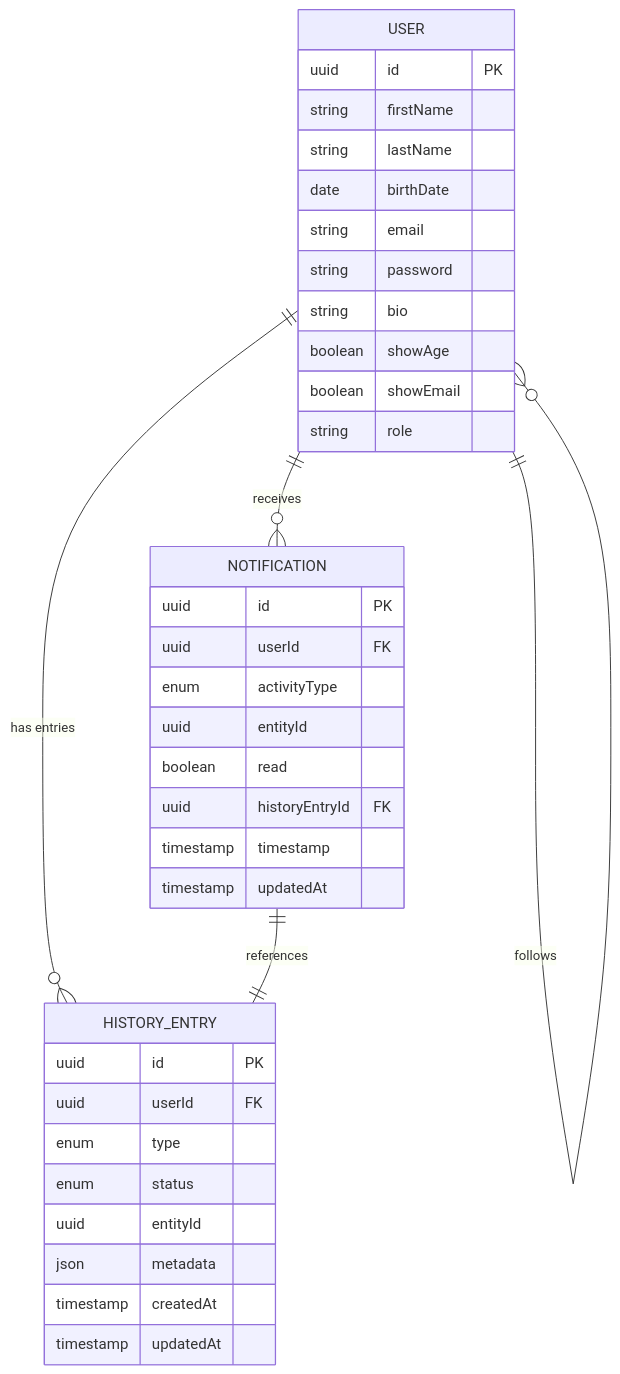
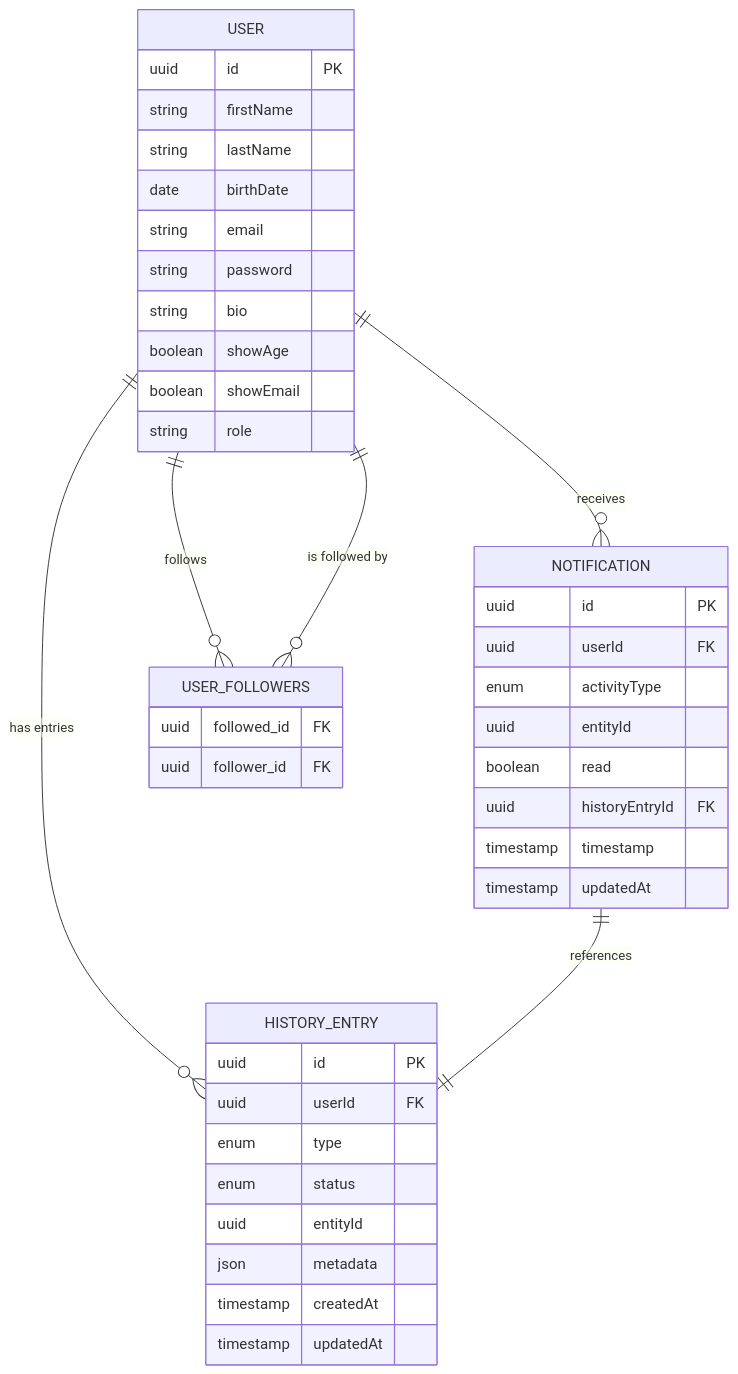
Before and after one commit to UnitHr/SolidarianID: the diagram in doc/diagrams/ER/users-ms.md, drawn with Mermaid. The commit also changed 10 other files, not shown here.

````diff
--- a/doc/diagrams/ER/users-ms.md
+++ b/doc/diagrams/ER/users-ms.md
@@ -1,42 +1,48 @@
 ```mermaid
 erDiagram
     USER {
         uuid id PK
         string firstName
         string lastName
         date birthDate
         string email
         string password
         string bio
         boolean showAge
         boolean showEmail
         string role
     }
 
     NOTIFICATION {
         uuid id PK
         uuid userId FK
         enum activityType
         uuid entityId
         boolean read
         uuid historyEntryId FK
         timestamp timestamp
         timestamp updatedAt
     }
 
     HISTORY_ENTRY {
         uuid id PK
         uuid userId FK
         enum type
         enum status
         uuid entityId
         json metadata
         timestamp createdAt
         timestamp updatedAt
     }
 
+    USER_FOLLOWERS {
+        uuid followed_id FK
+        uuid follower_id FK
+    }
+
     USER ||--o{ NOTIFICATION : "receives"
     USER ||--o{ HISTORY_ENTRY : "has entries"
-    USER ||--o{ USER : "follows"
+    USER ||--o{ USER_FOLLOWERS : "follows"
+    USER ||--o{ USER_FOLLOWERS : "is followed by"
     NOTIFICATION ||--|| HISTORY_ENTRY : "references"
 ```
````
